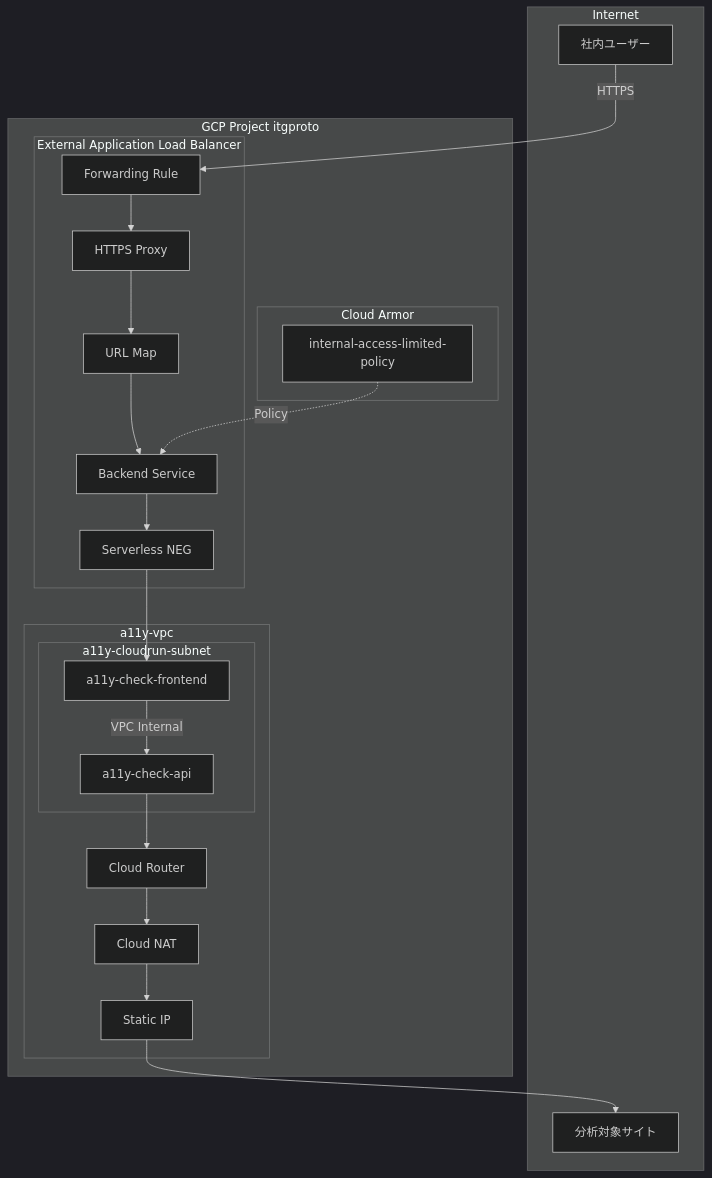
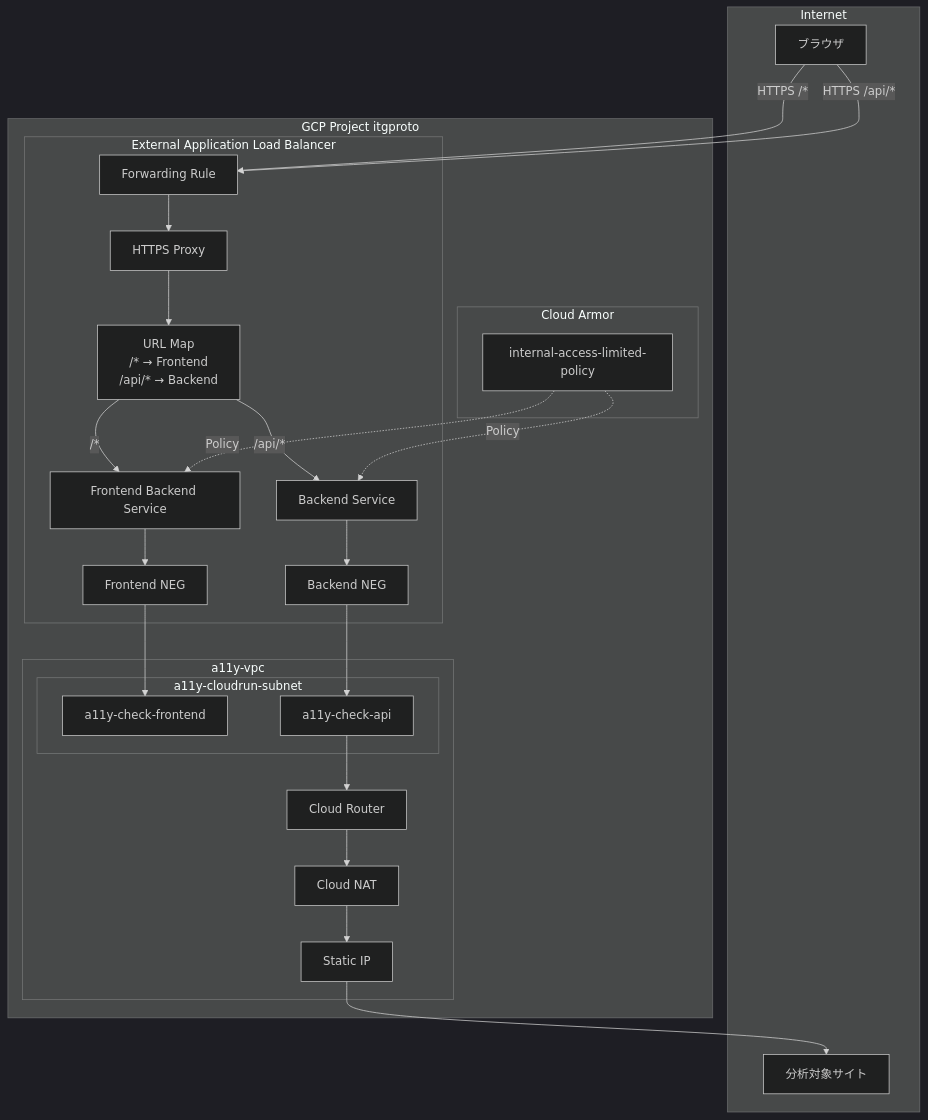
Before and after one commit to tokuj/accessibilityCheck: the first of 4 diagrams in .kiro/specs/vpc-security-enhancement/design.md, drawn with Mermaid (dark theme). The commit also changed other lines of this file and 8 other files, not shown here.

````diff
--- a/.kiro/specs/vpc-security-enhancement/design.md
+++ b/.kiro/specs/vpc-security-enhancement/design.md
@@ -40,45 +40,51 @@
 ```mermaid
 graph TB
     subgraph Internet
-        User[社内ユーザー]
+        User[ブラウザ]
         ExternalSite[分析対象サイト]
     end
 
     subgraph GCP_Project[GCP Project itgproto]
         subgraph CloudArmor[Cloud Armor]
             WAF[internal-access-limited-policy]
         end
 
         subgraph LoadBalancer[External Application Load Balancer]
             FwRule[Forwarding Rule]
             TargetProxy[HTTPS Proxy]
-            URLMap[URL Map]
+            URLMap[URL Map<br>/* → Frontend<br>/api/* → Backend]
+            FrontendSvc[Frontend Backend Service]
             BackendSvc[Backend Service]
-            ServerlessNEG[Serverless NEG]
+            FrontendNEG[Frontend NEG]
+            BackendNEG[Backend NEG]
         end
 
         subgraph VPC[a11y-vpc]
             subgraph Subnet[a11y-cloudrun-subnet]
                 Frontend[a11y-check-frontend]
                 Backend[a11y-check-api]
             end
             Router[Cloud Router]
             NAT[Cloud NAT]
             StaticIP[Static IP]
         end
     end
 
-    User -->|HTTPS| FwRule
+    User -->|HTTPS /*| FwRule
+    User -->|HTTPS /api/*| FwRule
     FwRule --> TargetProxy
     TargetProxy --> URLMap
-    URLMap --> BackendSvc
+    URLMap -->|/*| FrontendSvc
+    URLMap -->|/api/*| BackendSvc
+    WAF -.->|Policy| FrontendSvc
     WAF -.->|Policy| BackendSvc
-    BackendSvc --> ServerlessNEG
-    ServerlessNEG --> Frontend
+    FrontendSvc --> FrontendNEG
+    BackendSvc --> BackendNEG
+    FrontendNEG --> Frontend
+    BackendNEG --> Backend
 
-    Frontend -->|VPC Internal| Backend
     Backend --> Router
     Router --> NAT
     NAT --> StaticIP
     StaticIP --> ExternalSite
 ```
````
